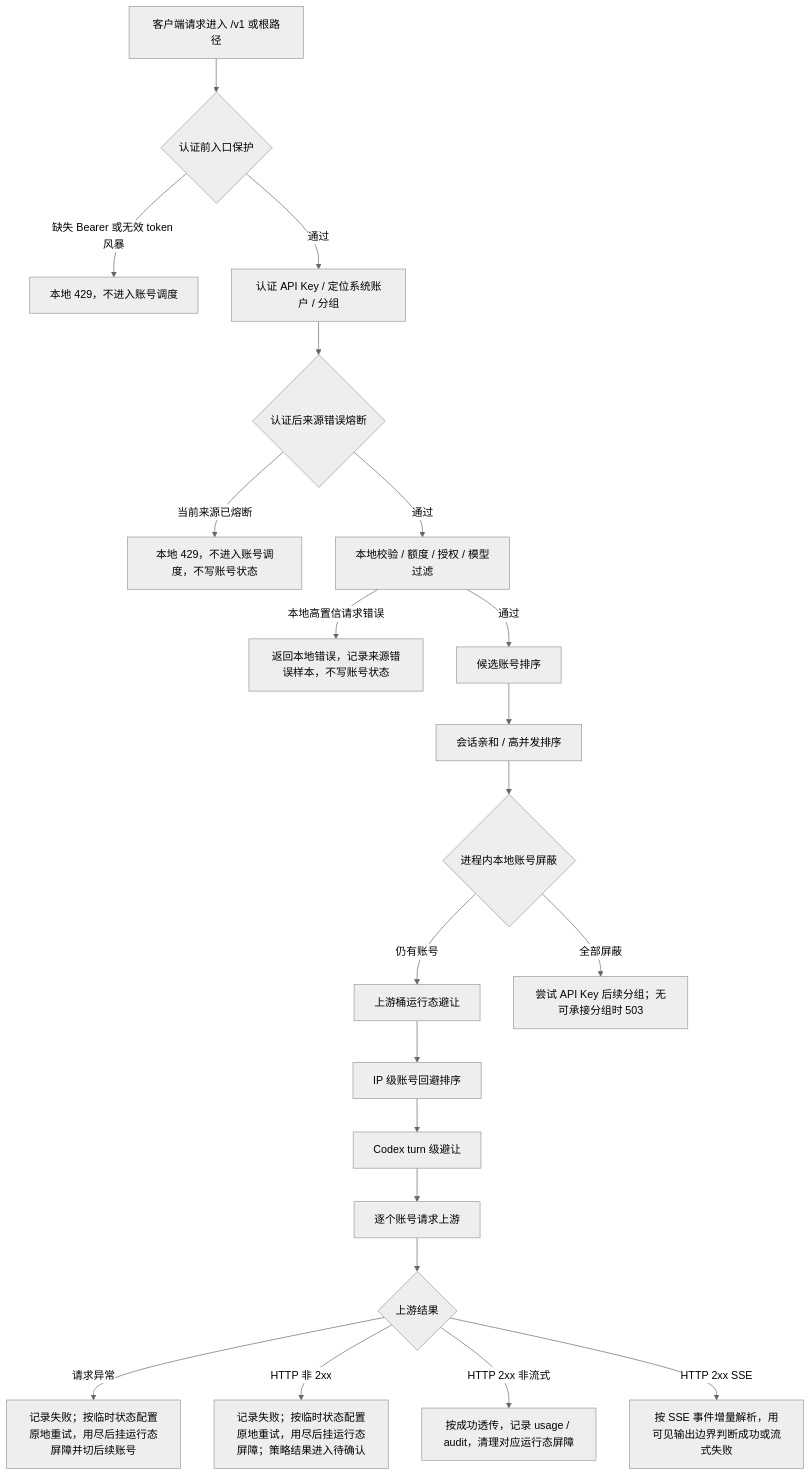
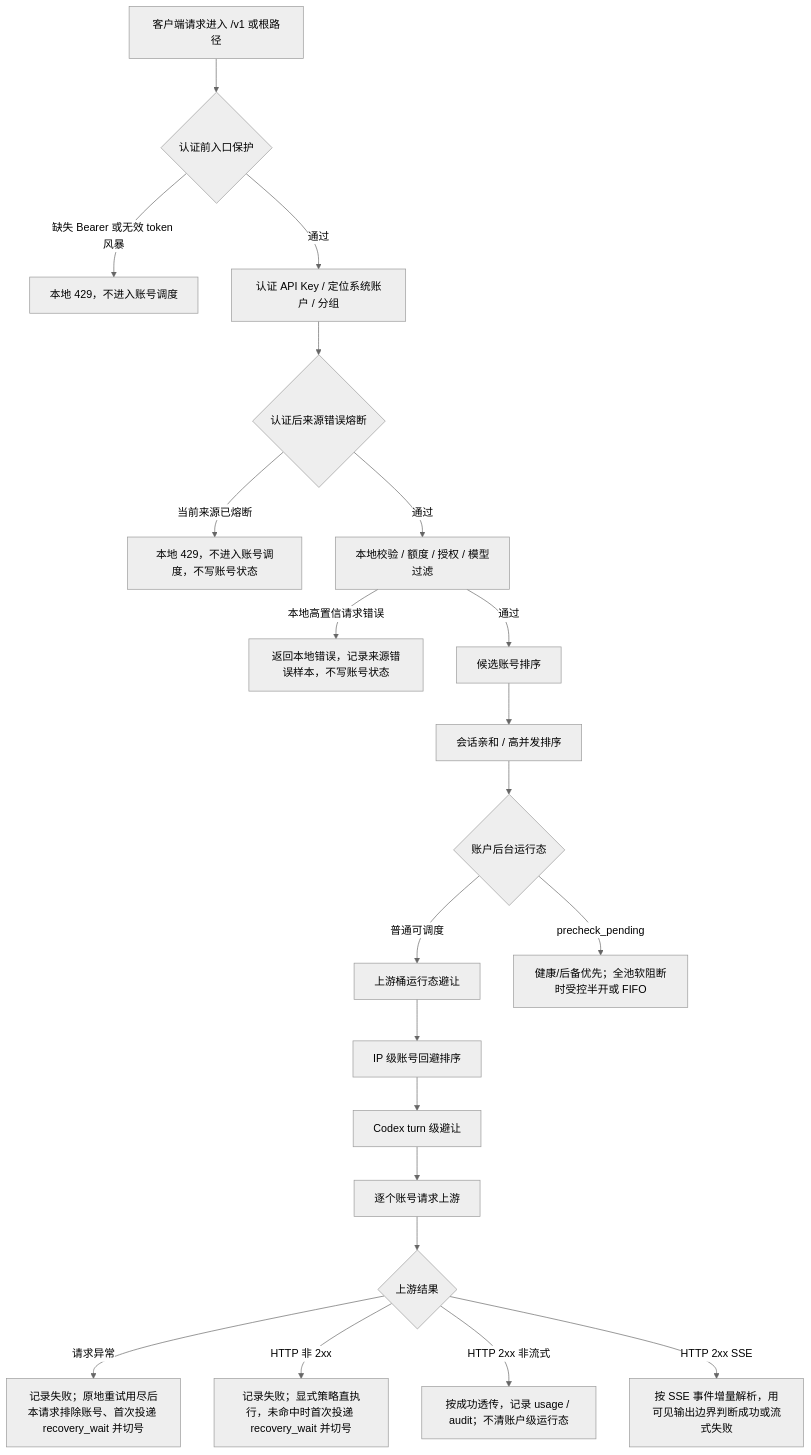
The diagram in docs/functions/网关错误处理完整链路.md (huanmin123/juhe-ai), drawn with Mermaid (neutral theme) before and after one commit. The commit also changed other lines of this file and 189 other files, not shown here.

````diff
--- a/docs/functions/网关错误处理完整链路.md
+++ b/docs/functions/网关错误处理完整链路.md
@@ -52,23 +52,23 @@
 ```mermaid
 flowchart TD
   A["客户端请求进入 /v1 或根路径"] --> B{"认证前入口保护"}
   B -- "缺失 Bearer 或无效 token 风暴" --> B1["本地 429，不进入账号调度"]
   B -- "通过" --> C["认证 API Key / 定位系统账户 / 分组"]
   C --> D{"认证后来源错误熔断"}
   D -- "当前来源已熔断" --> D1["本地 429，不进入账号调度，不写账号状态"]
   D -- "通过" --> E["本地校验 / 额度 / 授权 / 模型过滤"]
   E -- "本地高置信请求错误" --> E1["返回本地错误，记录来源错误样本，不写账号状态"]
   E -- "通过" --> F["候选账号排序"]
   F --> F1["会话亲和 / 高并发排序"]
-  F1 --> F2{"进程内本地账号屏蔽"}
-  F2 -- "仍有账号" --> F3["上游桶运行态避让"]
-  F2 -- "全部屏蔽" --> F2A["尝试 API Key 后续分组；无可承接分组时 503"]
+  F1 --> F2{"账户后台运行态"}
+  F2 -- "普通可调度" --> F3["上游桶运行态避让"]
+  F2 -- "precheck_pending" --> F2A["健康/后备优先；全池软阻断时受控半开或 FIFO"]
   F3 --> F4["IP 级账号回避排序"]
   F4 --> F5["Codex turn 级避让"]
   F5 --> G["逐个账号请求上游"]
   G --> H{"上游结果"}
-  H -- "请求异常" --> I["记录失败；按临时状态配置原地重试，用尽后挂运行态屏障并切后续账号"]
-  H -- "HTTP 非 2xx" --> J["记录失败；按临时状态配置原地重试，用尽后挂运行态屏障；策略结果进入待确认"]
-  H -- "HTTP 2xx 非流式" --> K["按成功透传，记录 usage / audit，清理对应运行态屏障"]
+  H -- "请求异常" --> I["记录失败；原地重试用尽后本请求排除账号、首次投递 recovery_wait 并切号"]
+  H -- "HTTP 非 2xx" --> J["记录失败；显式策略直执行，未命中时首次投递 recovery_wait 并切号"]
+  H -- "HTTP 2xx 非流式" --> K["按成功透传，记录 usage / audit；不清账户级运行态"]
   H -- "HTTP 2xx SSE" --> L["按 SSE 事件增量解析，用可见输出边界判断成功或流式失败"]
 ```
````
